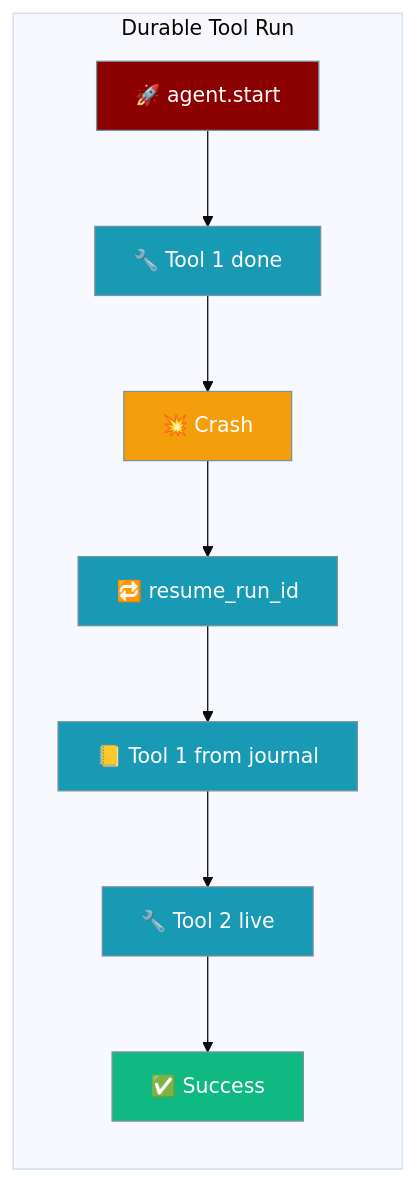
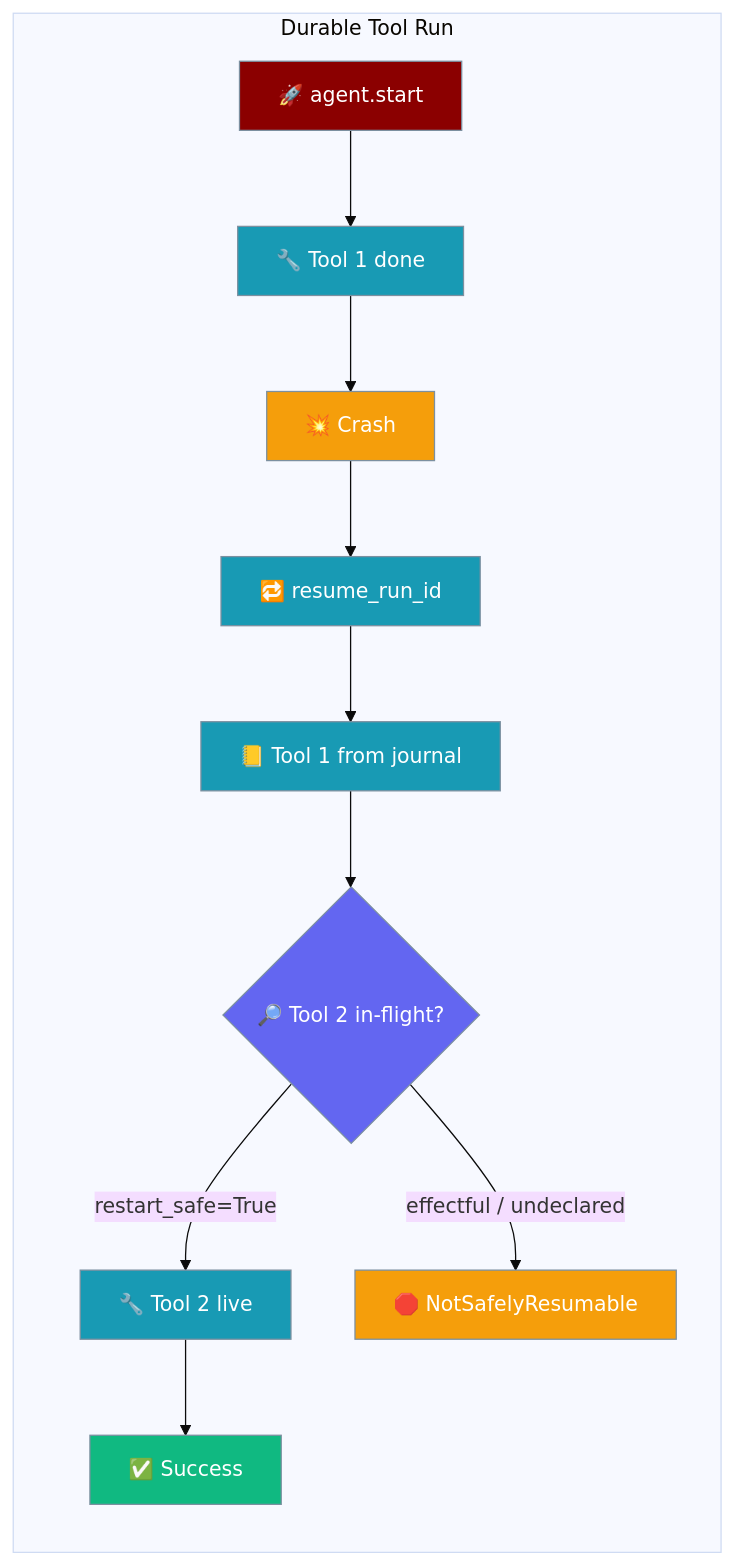
Before and after one commit to MervinPraison/PraisonAIDocs: the first of 5 diagrams in docs/features/durable-tool-runs.mdx, drawn with Mermaid (base theme). The commit also changed other lines of this file, not shown here.

Commit message:
docs: document restart_safe tool contract on durable-tool-runs (fixes #3202)

````diff
--- a/docs/features/durable-tool-runs.mdx
+++ b/docs/features/durable-tool-runs.mdx
@@ -10,21 +10,25 @@
 ```mermaid
 graph LR
     subgraph "Durable Tool Run"
         Start[🚀 agent.start] --> T1[🔧 Tool 1 done]
         T1 --> Crash[💥 Crash]
         Crash --> Resume[🔁 resume_run_id]
         Resume --> Replay[📒 Tool 1 from journal]
-        Replay --> T2[🔧 Tool 2 live]
+        Replay --> Inflight{🔎 Tool 2 in-flight?}
+        Inflight -->|restart_safe=True| T2[🔧 Tool 2 live]
+        Inflight -->|effectful / undeclared| Gate[🛑 NotSafelyResumable]
         T2 --> Done[✅ Success]
     end
 
     classDef start fill:#8B0000,stroke:#7C90A0,color:#fff
     classDef process fill:#189AB4,stroke:#7C90A0,color:#fff
     classDef warn fill:#F59E0B,stroke:#7C90A0,color:#fff
+    classDef config fill:#6366F1,stroke:#7C90A0,color:#fff
     classDef success fill:#10B981,stroke:#7C90A0,color:#fff
 
     class Start start
     class T1,T2,Replay,Resume process
-    class Crash warn
+    class Inflight config
+    class Crash,Gate warn
     class Done success
 ```
````
